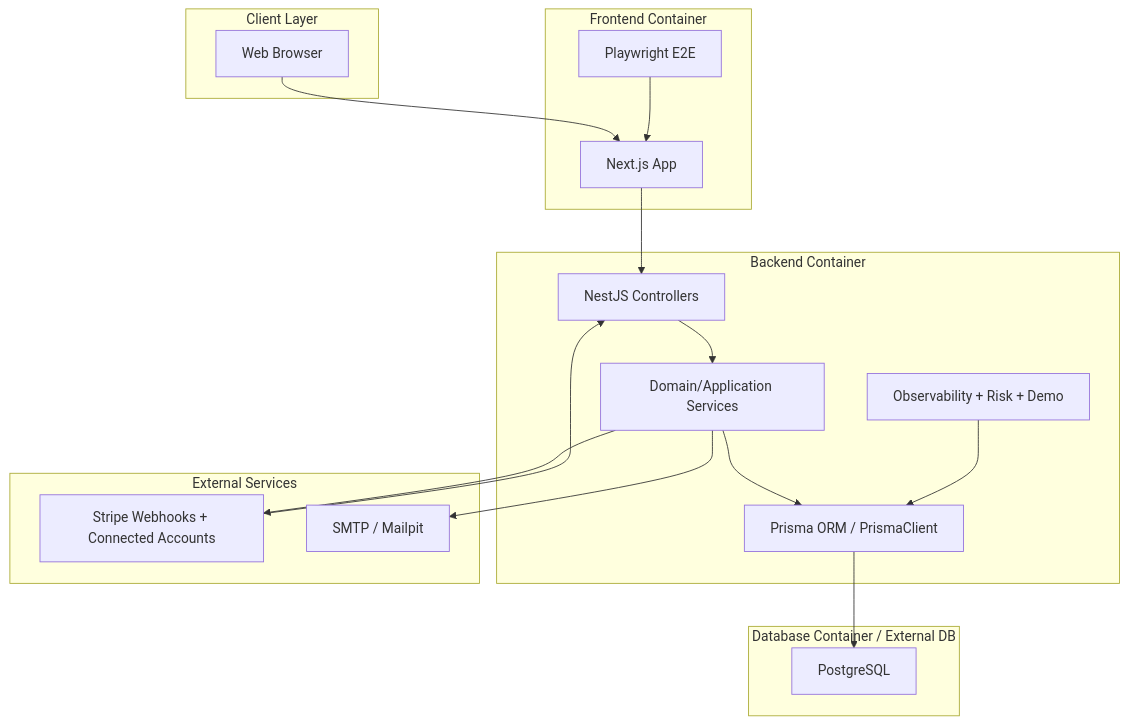
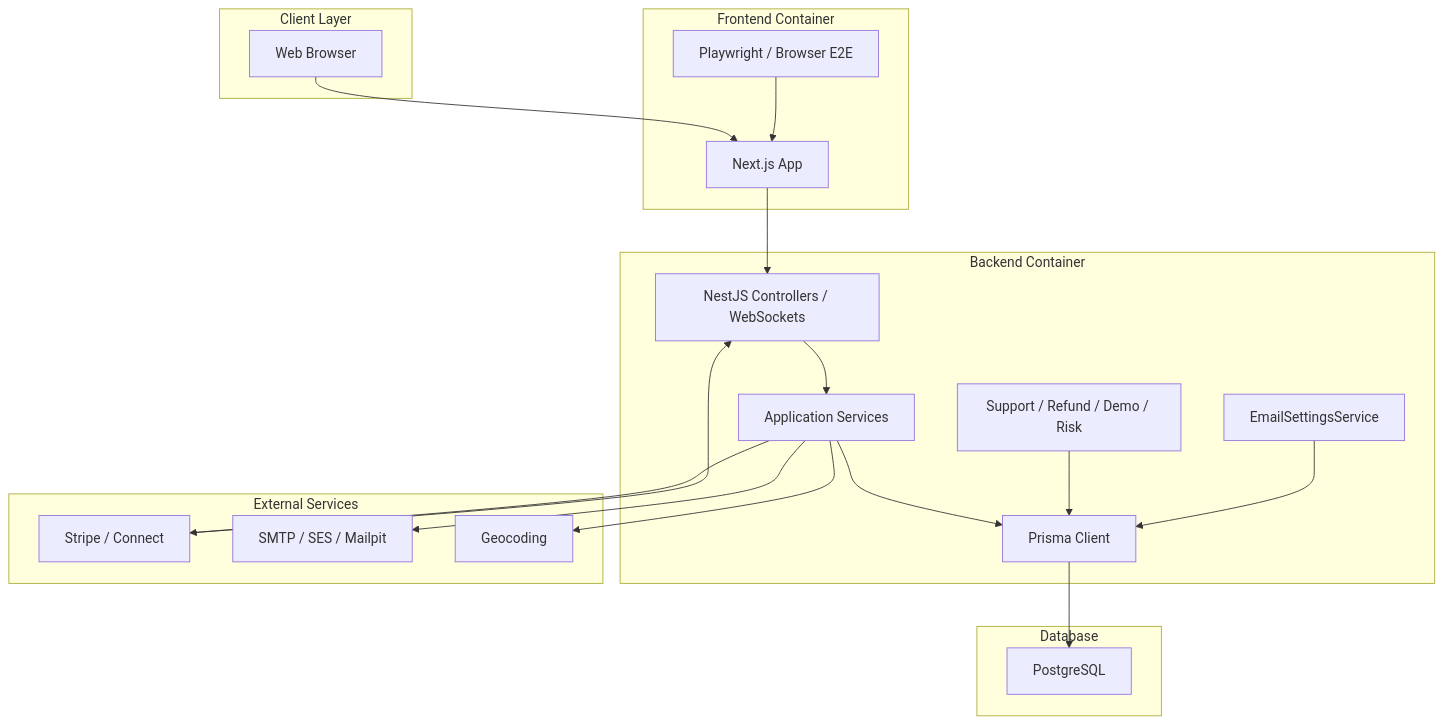
The diagram in docs/diagrams/container-diagram.md (p1sci5k3y/Mecerka), drawn with Mermaid before and after one commit. The commit also changed 11 other files, not shown here.

Commit message:
docs: refresh architecture and flow documentation

````diff
--- a/docs/diagrams/container-diagram.md
+++ b/docs/diagrams/container-diagram.md
@@ -3,38 +3,42 @@
 ```mermaid
 flowchart TB
     subgraph "Client Layer"
       browser["Web Browser"]
     end
 
     subgraph "Frontend Container"
       next["Next.js App"]
-      playwright["Playwright E2E"]
+      playwright["Playwright / Browser E2E"]
     end
 
     subgraph "Backend Container"
-      api["NestJS Controllers"]
-      services["Domain/Application Services"]
-      prisma["Prisma ORM / PrismaClient"]
-      obs["Observability + Risk + Demo"]
+      api["NestJS Controllers / WebSockets"]
+      services["Application Services"]
+      prisma["Prisma Client"]
+      support["Support / Refund / Demo / Risk"]
+      emailcfg["EmailSettingsService"]
     end
 
-    subgraph "Database Container / External DB"
+    subgraph "Database"
       postgres["PostgreSQL"]
     end
 
     subgraph "External Services"
-      stripe["Stripe Webhooks + Connected Accounts"]
-      mail["SMTP / Mailpit"]
+      stripe["Stripe / Connect"]
+      smtp["SMTP / SES / Mailpit"]
+      geo["Geocoding"]
     end
 
     browser --> next
     playwright --> next
     next --> api
     api --> services
     services --> prisma
-    obs --> prisma
+    support --> prisma
+    emailcfg --> prisma
     prisma --> postgres
     services --> stripe
     stripe --> api
-    services --> mail
+    services --> smtp
+    services --> geo
 ```
````
